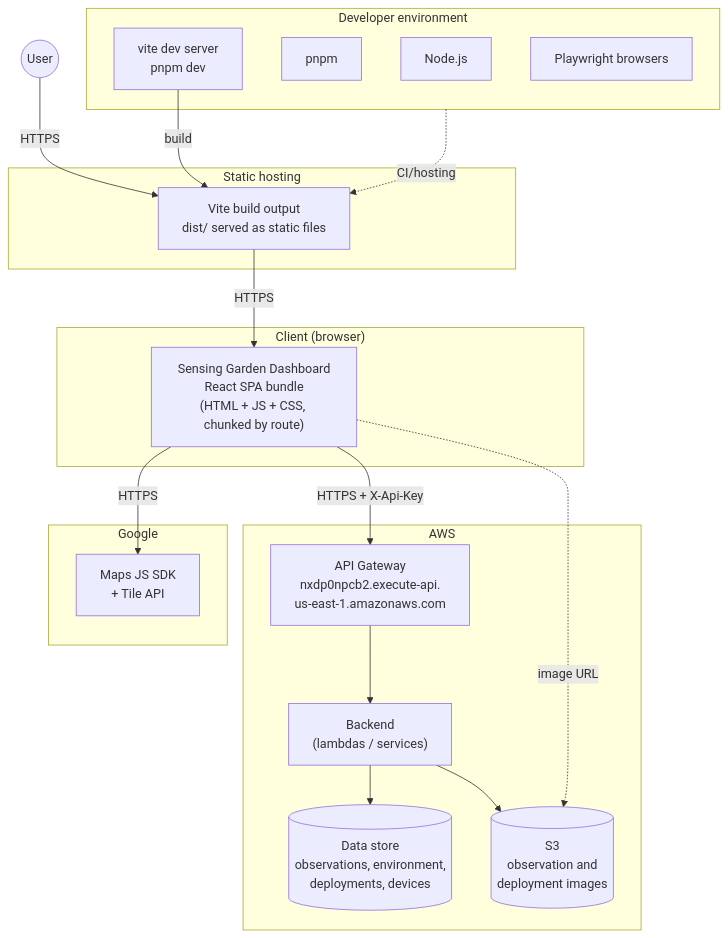
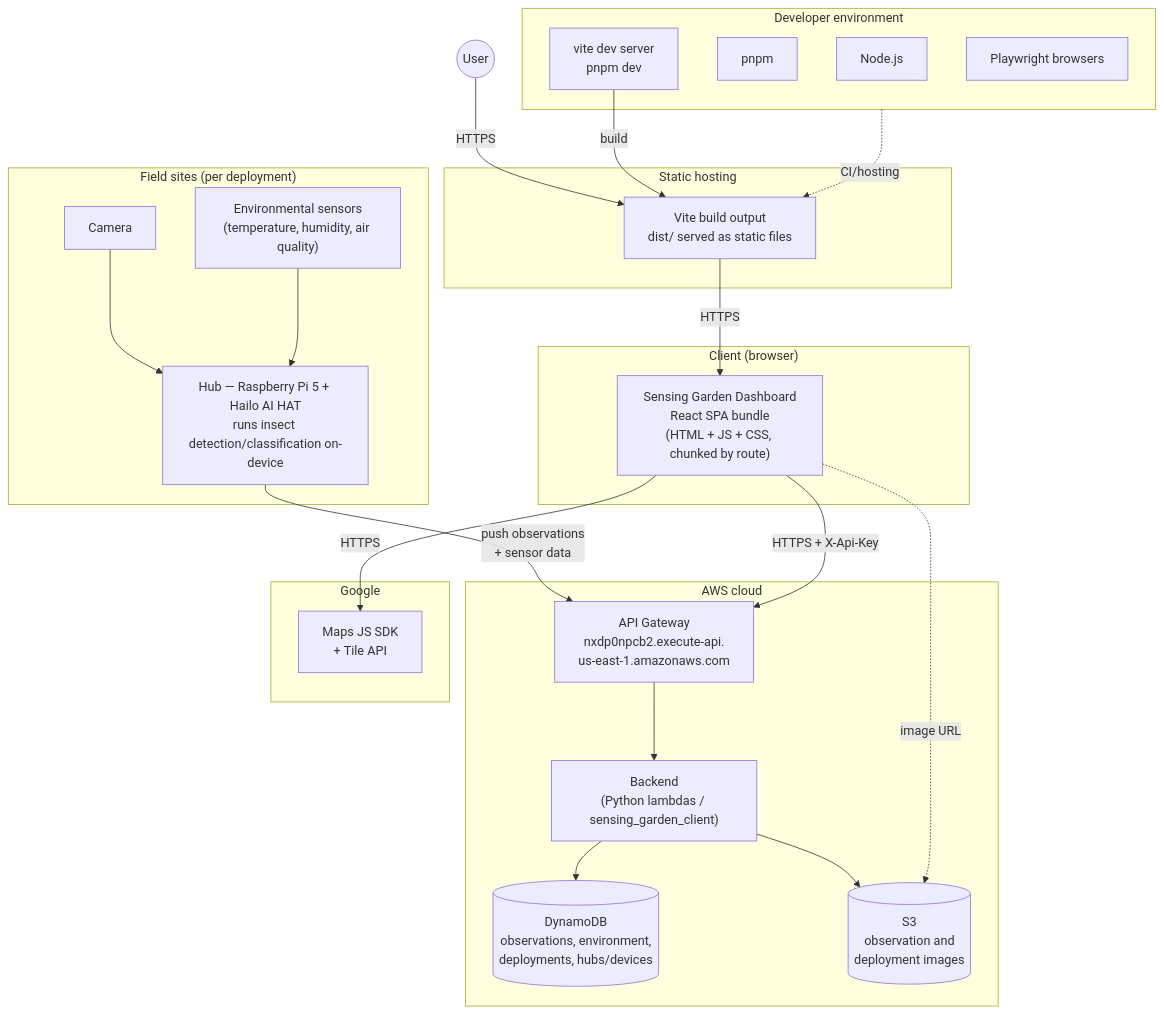
One commit to seandreassen/sensing-garden-dashboard changed the fifth of 10 diagrams in docs/architecture.md. Above: the diagram before and after it, drawn with Mermaid. The commit also changed other lines of this file and 10 other files, not shown here.

First line of the commit message:
docs: Added several diagrams to docs

````diff
--- a/docs/architecture.md
+++ b/docs/architecture.md
@@ -235,40 +287,50 @@
 ```mermaid
 graph TB
+    subgraph Field["Field sites (per deployment)"]
+        Hub["Hub — Raspberry Pi 5 + Hailo AI HAT<br/>runs insect detection/classification on-device"]
+        Cam["Camera"]
+        EnvSensors["Environmental sensors<br/>(temperature, humidity, air quality)"]
+    end
+
     subgraph Client["Client (browser)"]
         SPA["Sensing Garden Dashboard<br/>React SPA bundle<br/>(HTML + JS + CSS, chunked by route)"]
     end
 
     subgraph CDN["Static hosting"]
         Host["Vite build output<br/>dist/ served as static files"]
     end
 
-    subgraph AWS["AWS"]
+    subgraph AWS["AWS cloud"]
         APIGW["API Gateway<br/>nxdp0npcb2.execute-api.<br/>us-east-1.amazonaws.com"]
-        Lambda["Backend<br/>(lambdas / services)"]
-        DB[("Data store<br/>observations, environment,<br/>deployments, devices")]
+        Lambda["Backend<br/>(Python lambdas / sensing_garden_client)"]
+        DB[("DynamoDB<br/>observations, environment,<br/>deployments, hubs/devices")]
         S3[("S3<br/>observation and<br/>deployment images")]
     end
 
     subgraph Google["Google"]
         MapsSDK["Maps JS SDK<br/>+ Tile API"]
     end
 
     subgraph Dev["Developer environment"]
         Node["Node.js"]
         Pnpm["pnpm"]
         Vite["vite dev server<br/>pnpm dev"]
         Playwright["Playwright browsers"]
     end
 
+    Cam --> Hub
+    EnvSensors --> Hub
+    Hub -->|push observations<br/>+ sensor data| APIGW
+
     User((User)) -->|HTTPS| Host
     Host -->|HTTPS| SPA
     SPA -->|HTTPS + X-Api-Key| APIGW
     APIGW --> Lambda
     Lambda --> DB
     Lambda --> S3
     SPA -->|HTTPS| MapsSDK
     SPA -.image URL.-> S3
 
     Vite -->|build| Host
     Dev -.CI/hosting.-> Host
 ```
````
